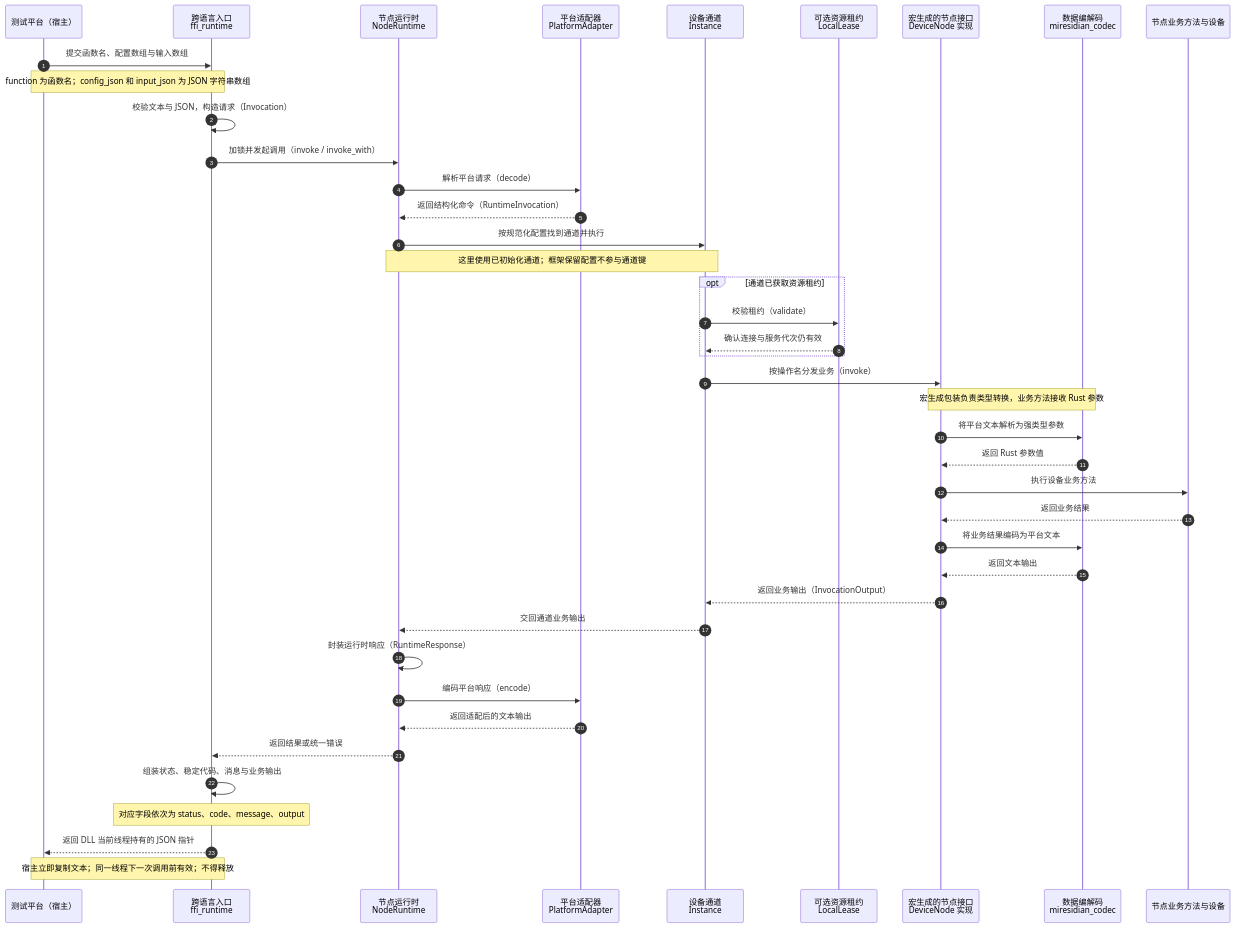
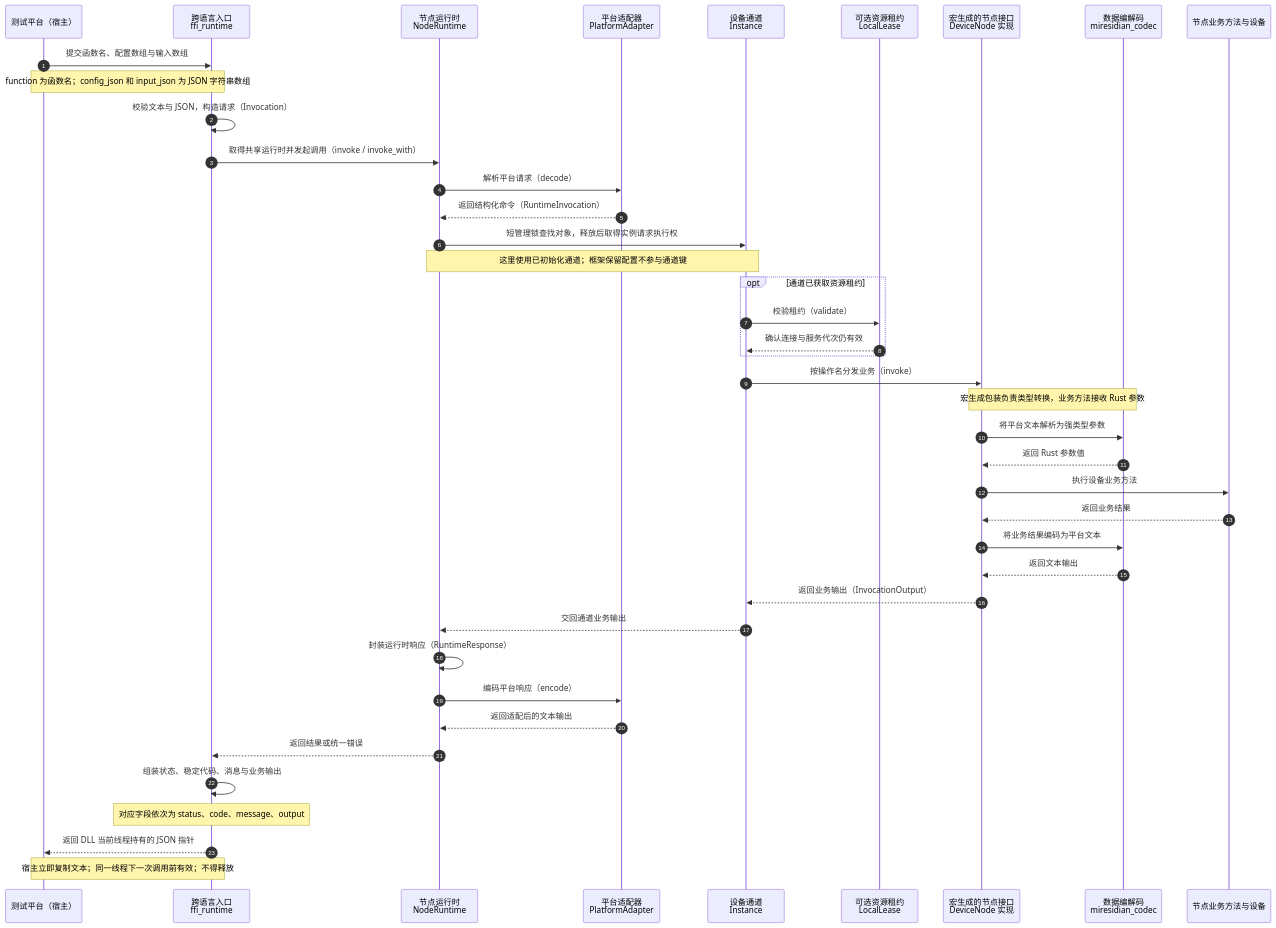
One commit to MyMires/miresidian changed the third of 3 diagrams in docs/architecture.md. Above: the diagram before and after it, drawn with Mermaid. The commit also changed other lines of this file and 60 other files, not shown here.

````diff
--- a/docs/architecture.md
+++ b/docs/architecture.md
@@ -164,43 +174,43 @@
 ```mermaid
 sequenceDiagram
     autonumber
     participant Host as 测试平台（宿主）
     participant FFI as 跨语言入口<br/>ffi_runtime
     participant Runtime as 节点运行时<br/>NodeRuntime
     participant Adapter as 平台适配器<br/>PlatformAdapter
     participant Instance as 设备通道<br/>Instance
     participant Lease as 可选资源租约<br/>LocalLease
     participant Node as 宏生成的节点接口<br/>DeviceNode 实现
     participant Codec as 数据编解码<br/>miresidian_codec
     participant Device as 节点业务方法与设备
     Host->>FFI: 提交函数名、配置数组与输入数组
     Note over Host,FFI: function 为函数名；config_json 和 input_json 为 JSON 字符串数组
     FFI->>FFI: 校验文本与 JSON，构造请求（Invocation）
-    FFI->>Runtime: 加锁并发起调用（invoke / invoke_with）
+    FFI->>Runtime: 取得共享运行时并发起调用（invoke / invoke_with）
     Runtime->>Adapter: 解析平台请求（decode）
     Adapter-->>Runtime: 返回结构化命令（RuntimeInvocation）
-    Runtime->>Instance: 按规范化配置找到通道并执行
+    Runtime->>Instance: 短管理锁查找对象，释放后取得实例请求执行权
     Note over Runtime,Instance: 这里使用已初始化通道；框架保留配置不参与通道键
     opt 通道已获取资源租约
         Instance->>Lease: 校验租约（validate）
         Lease-->>Instance: 确认连接与服务代次仍有效
     end
     Instance->>Node: 按操作名分发业务（invoke）
     Note over Node,Codec: 宏生成包装负责类型转换，业务方法接收 Rust 参数
     Node->>Codec: 将平台文本解析为强类型参数
     Codec-->>Node: 返回 Rust 参数值
     Node->>Device: 执行设备业务方法
     Device-->>Node: 返回业务结果
     Node->>Codec: 将业务结果编码为平台文本
     Codec-->>Node: 返回文本输出
     Node-->>Instance: 返回业务输出（InvocationOutput）
     Instance-->>Runtime: 交回通道业务输出
     Runtime->>Runtime: 封装运行时响应（RuntimeResponse）
     Runtime->>Adapter: 编码平台响应（encode）
     Adapter-->>Runtime: 返回适配后的文本输出
     Runtime-->>FFI: 返回结果或统一错误
     FFI->>FFI: 组装状态、稳定代码、消息与业务输出
     Note over FFI: 对应字段依次为 status、code、message、output
     FFI-->>Host: 返回 DLL 当前线程持有的 JSON 指针
     Note over Host,FFI: 宿主立即复制文本；同一线程下一次调用前有效；不得释放
 ```
````
